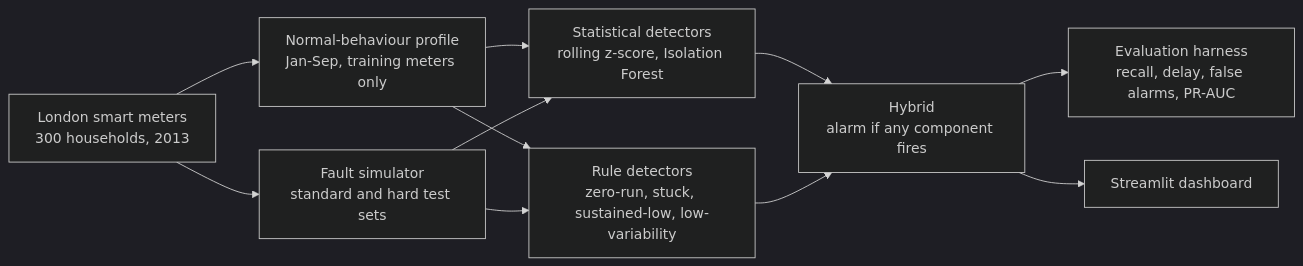
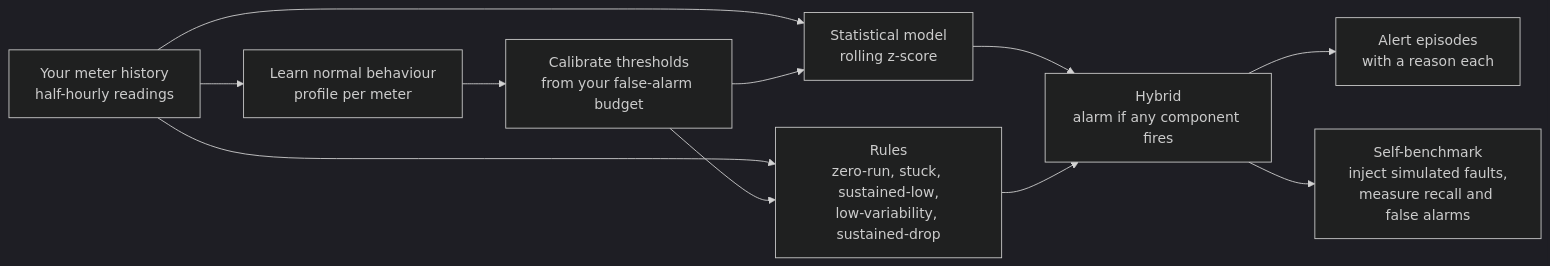
The diagram in README.md (bilal-basheerai/Gridguard), drawn with Mermaid (dark theme) before and after one commit. The commit also changed other lines of this file, not shown here.

````diff
--- a/README.md
+++ b/README.md
@@ -23,13 +34,13 @@
 ```mermaid
 flowchart LR
-  A["London smart meters<br/>300 households, 2013"] --> B["Fault simulator<br/>standard and hard test sets"]
-  A --> C["Normal-behaviour profile<br/>Jan-Sep, training meters only"]
-  C --> D["Statistical detectors<br/>rolling z-score, Isolation Forest"]
-  C --> E["Rule detectors<br/>zero-run, stuck, sustained-low, low-variability"]
-  B --> D
-  B --> E
+  A["Your meter history<br/>half-hourly readings"] --> B["Learn normal behaviour<br/>profile per meter"]
+  B --> C["Calibrate thresholds<br/>from your false-alarm budget"]
+  A --> D["Statistical model<br/>rolling z-score"]
+  A --> E["Rules<br/>zero-run, stuck, sustained-low,<br/>low-variability, sustained-drop"]
+  C --> D
+  C --> E
   D --> F["Hybrid<br/>alarm if any component fires"]
   E --> F
-  F --> G["Evaluation harness<br/>recall, delay, false alarms, PR-AUC"]
-  F --> H["Streamlit dashboard"]
+  F --> G["Alert episodes<br/>with a reason each"]
+  F --> H["Self-benchmark<br/>inject simulated faults,<br/>measure recall and false alarms"]
 ```
````
